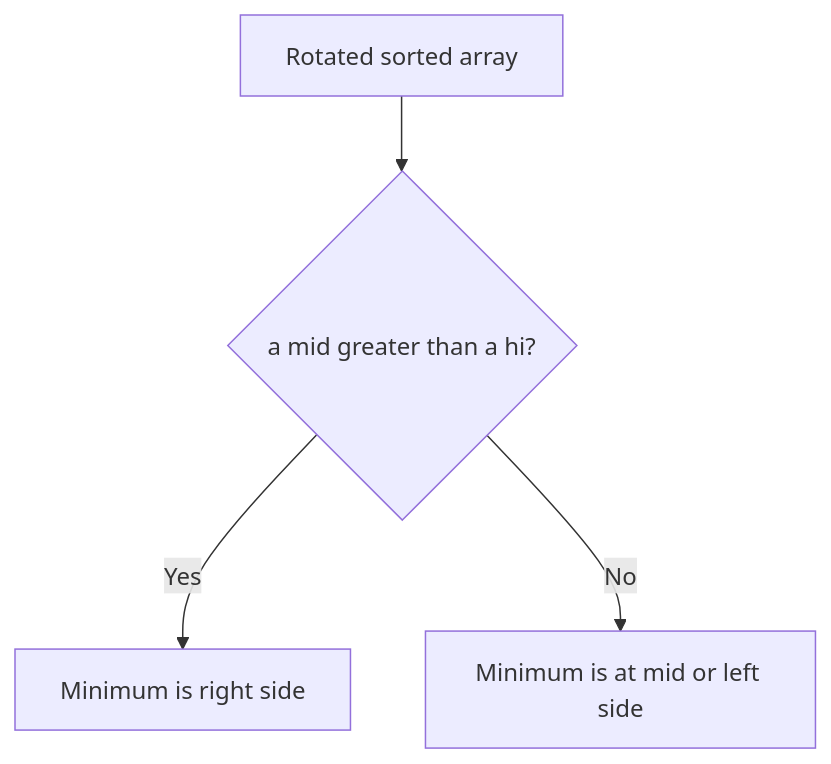
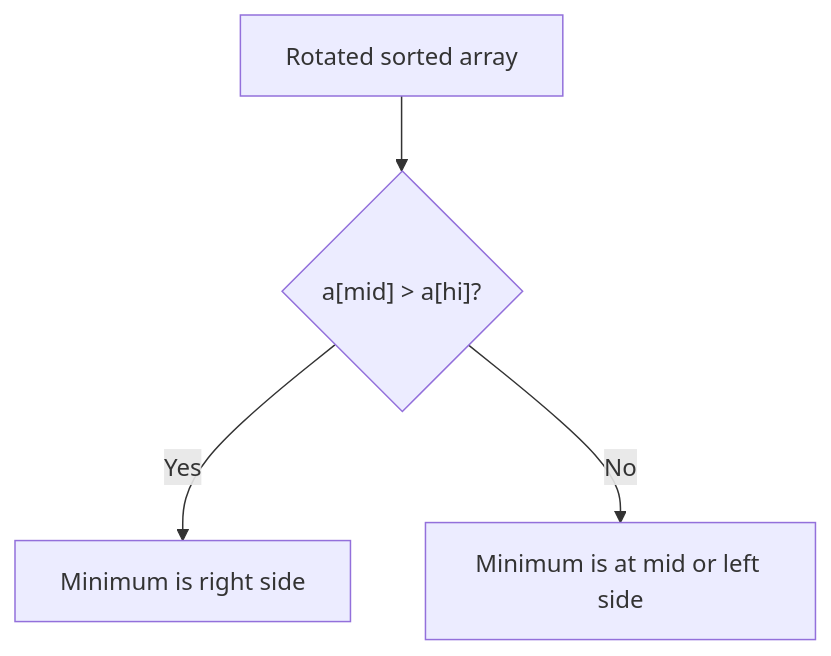
Before and after one commit to mthaiseer/springcloud-systemdesign-notes: diagram 16 of 24 in CP_DSA_NOTES/CONCEPT_FRAMEWORK_FORMS_TATICS/binary_search_playbook.md, drawn with Mermaid. The commit also changed other lines of this file, not shown here.

````diff
--- a/CP_DSA_NOTES/CONCEPT_FRAMEWORK_FORMS_TATICS/binary_search_playbook.md
+++ b/CP_DSA_NOTES/CONCEPT_FRAMEWORK_FORMS_TATICS/binary_search_playbook.md
@@ -550,6 +577,6 @@
 ```mermaid
 flowchart TD
-    A["Rotated sorted array"] --> B{"a mid greater than a hi?"}
+    A["Rotated sorted array"] --> B{"a[mid] > a[hi]?"}
     B -->|"Yes"| C["Minimum is right side"]
     B -->|"No"| D["Minimum is at mid or left side"]
 ```
````
